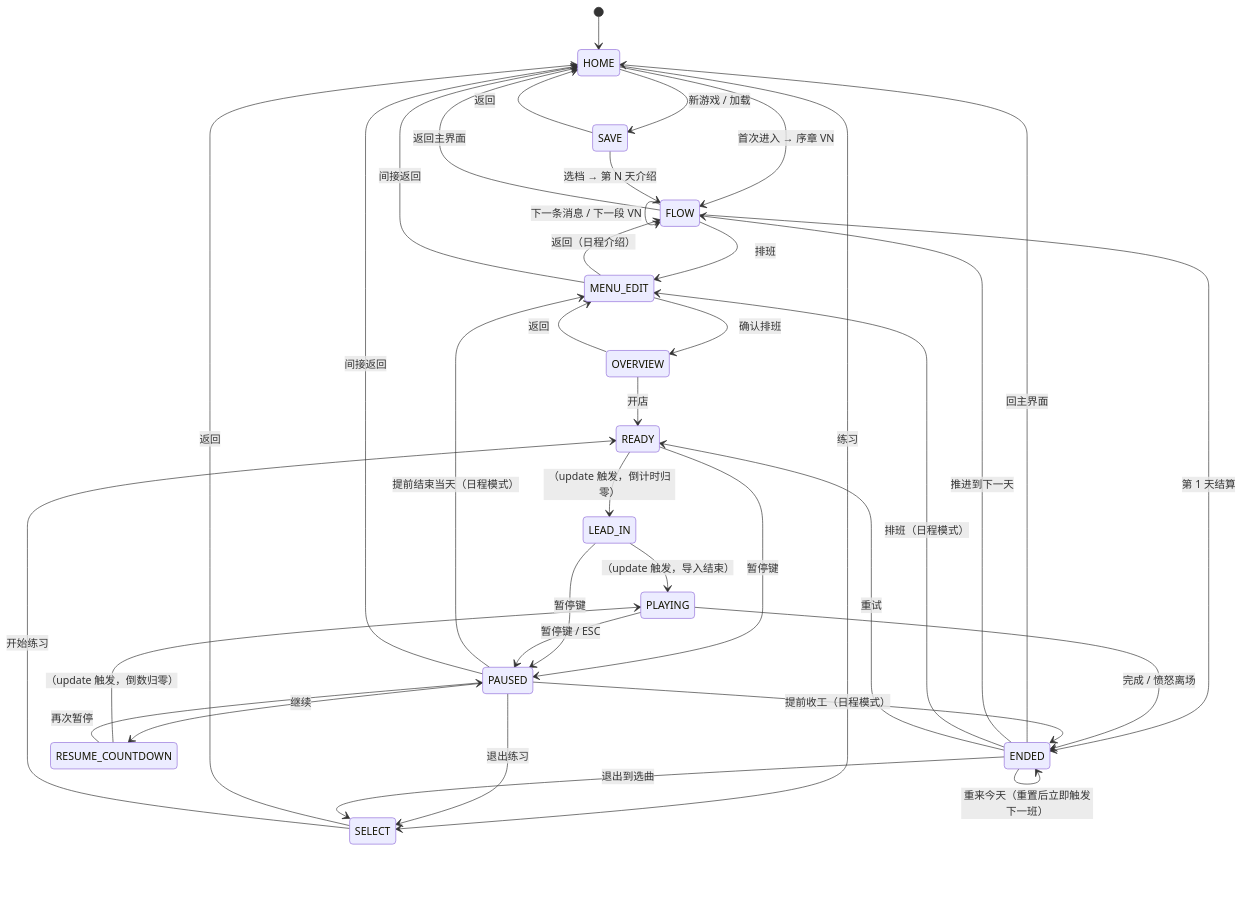
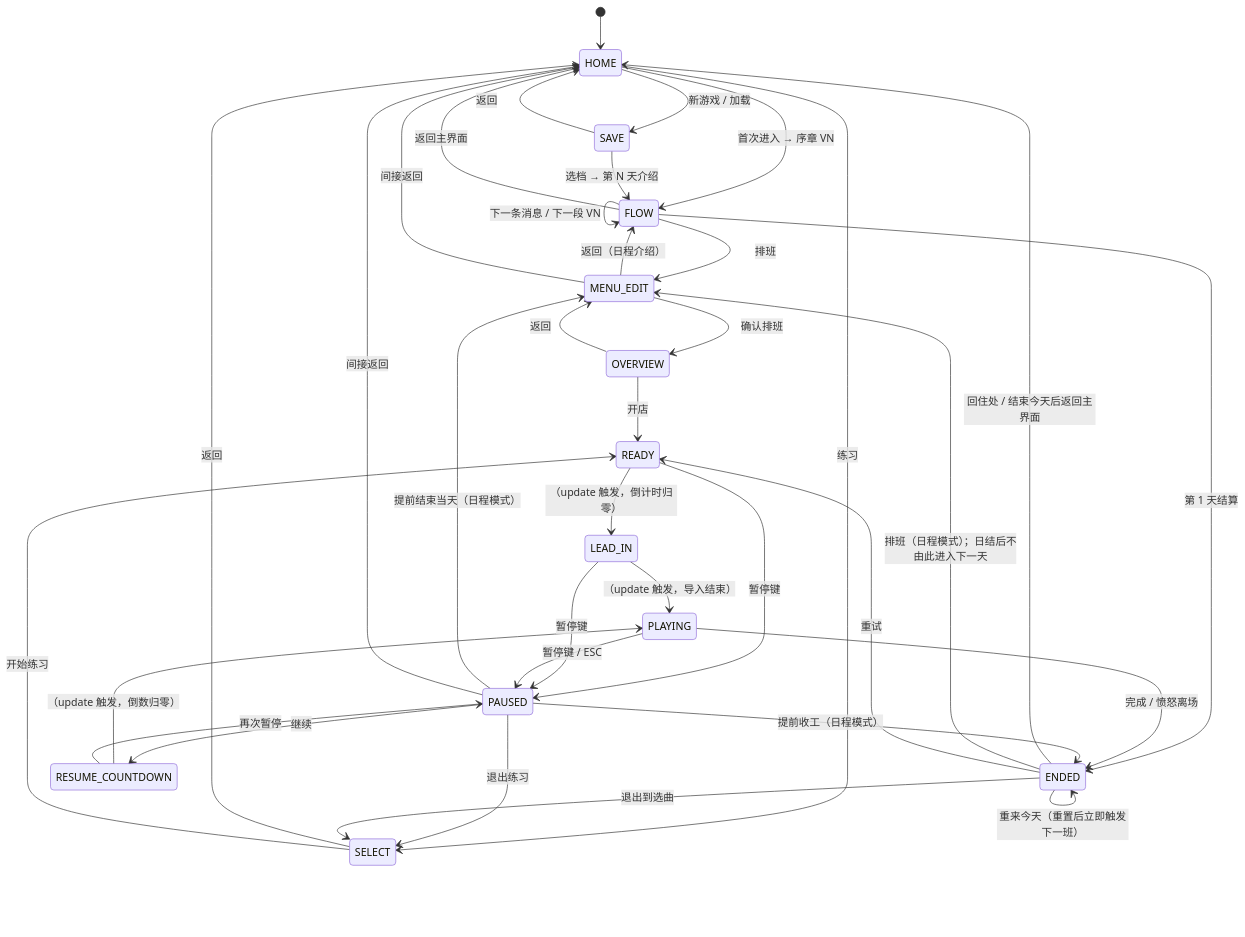
Before and after one commit to YuankunHuang/rhythm-fruit-shop: the diagram in docs/state_machine.md, drawn with Mermaid. The commit also changed other lines of this file and 31 other files, not shown here.

````diff
--- a/docs/state_machine.md
+++ b/docs/state_machine.md
@@ -24,51 +24,50 @@
 ```mermaid
 stateDiagram-v2
     [*] --> HOME
 
     HOME --> SAVE        : 新游戏 / 加载
     HOME --> SELECT      : 练习
     HOME --> FLOW        : 首次进入 → 序章 VN
 
     SAVE --> HOME        : 返回
     SAVE --> FLOW        : 选档 → 第 N 天介绍
 
     FLOW --> FLOW        : 下一条消息 / 下一段 VN
     FLOW --> MENU_EDIT   : 排班
     FLOW --> ENDED       : 第 1 天结算
     FLOW --> HOME        : 返回主界面
 
     MENU_EDIT --> FLOW   : 返回（日程介绍）
     MENU_EDIT --> OVERVIEW : 确认排班
     MENU_EDIT --> HOME   : 间接返回
 
     OVERVIEW --> MENU_EDIT : 返回
     OVERVIEW --> READY   : 开店
 
     SELECT --> HOME      : 返回
     SELECT --> READY     : 开始练习
 
     READY --> LEAD_IN    : （update 触发，倒计时归零）
     READY --> PAUSED     : 暂停键
 
     LEAD_IN --> PLAYING  : （update 触发，导入结束）
     LEAD_IN --> PAUSED   : 暂停键
 
     PLAYING --> PAUSED   : 暂停键 / ESC
     PLAYING --> ENDED    : 完成 / 愤怒离场
 
     PAUSED --> RESUME_COUNTDOWN : 继续
     PAUSED --> ENDED     : 提前收工（日程模式）
     PAUSED --> SELECT    : 退出练习
     PAUSED --> MENU_EDIT : 提前结束当天（日程模式）
     PAUSED --> HOME      : 间接返回
 
     RESUME_COUNTDOWN --> PLAYING : （update 触发，倒数归零）
     RESUME_COUNTDOWN --> PAUSED  : 再次暂停
 
-    ENDED --> HOME       : 回主界面
-    ENDED --> FLOW       : 推进到下一天
-    ENDED --> MENU_EDIT  : 排班（日程模式）
+    ENDED --> HOME       : 回住处 / 结束今天后返回主界面
+    ENDED --> MENU_EDIT  : 排班（日程模式）；日结后不由此进入下一天
     ENDED --> READY      : 重试
     ENDED --> SELECT     : 退出到选曲
     ENDED --> ENDED      : 重来今天（重置后立即触发下一班）
 ```
````
